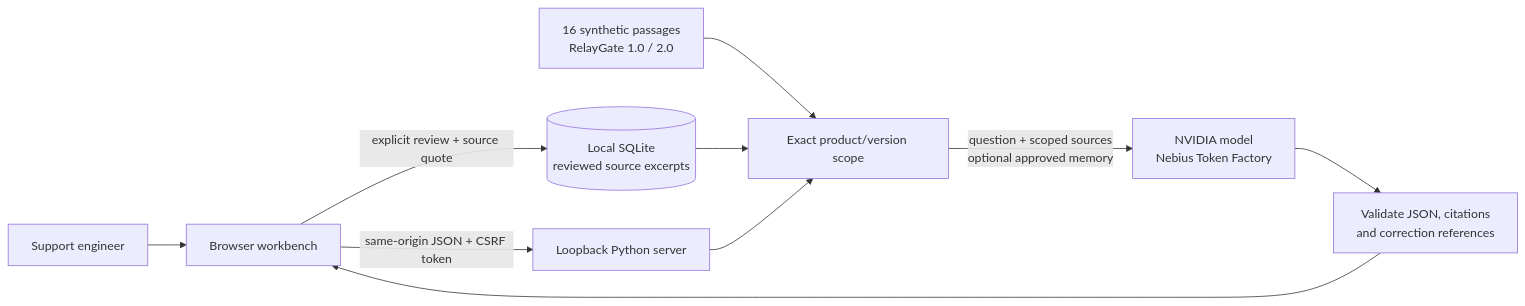
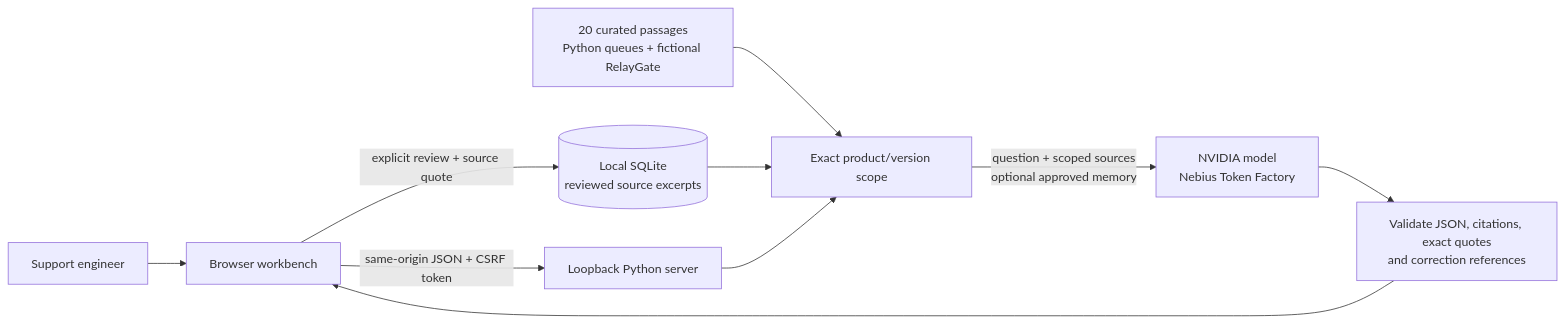
Before and after one commit to GSMPRANEETH/tracedesk-nebius-nvidia: the diagram in README.md, drawn with Mermaid. The commit also changed other lines of this file and 13 other files, not shown here.

Commit message:
Add version lens, public Python case, and authenticated evidence quotes

````diff
--- a/README.md
+++ b/README.md
@@ -41,12 +42,12 @@
 ```mermaid
 flowchart LR
     User[Support engineer] --> UI[Browser workbench]
     UI -->|same-origin JSON + CSRF token| Server[Loopback Python server]
-    Runbook[16 synthetic passages\nRelayGate 1.0 / 2.0] --> Scope[Exact product/version scope]
+    Runbook[20 curated passages\nPython queues + fictional RelayGate] --> Scope[Exact product/version scope]
     DB[(Local SQLite\nreviewed source excerpts)] --> Scope
     Server --> Scope
     Scope -->|question + scoped sources\noptional approved memory| Model[NVIDIA model\nNebius Token Factory]
-    Model --> Validate[Validate JSON, citations\nand correction references]
+    Model --> Validate[Validate JSON, citations, exact quotes\nand correction references]
     Validate --> UI
     UI -->|explicit review + source quote| DB
 ```
````
